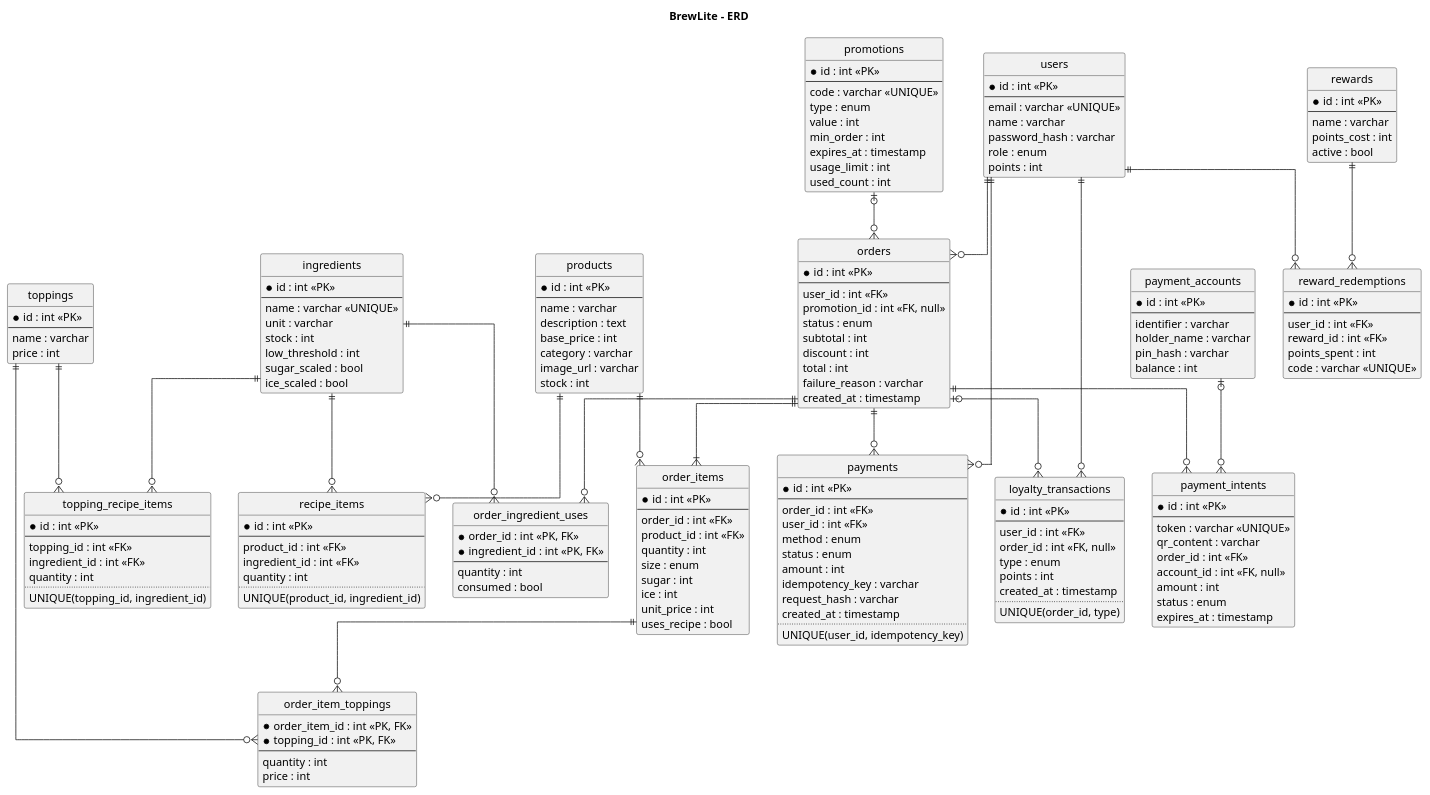
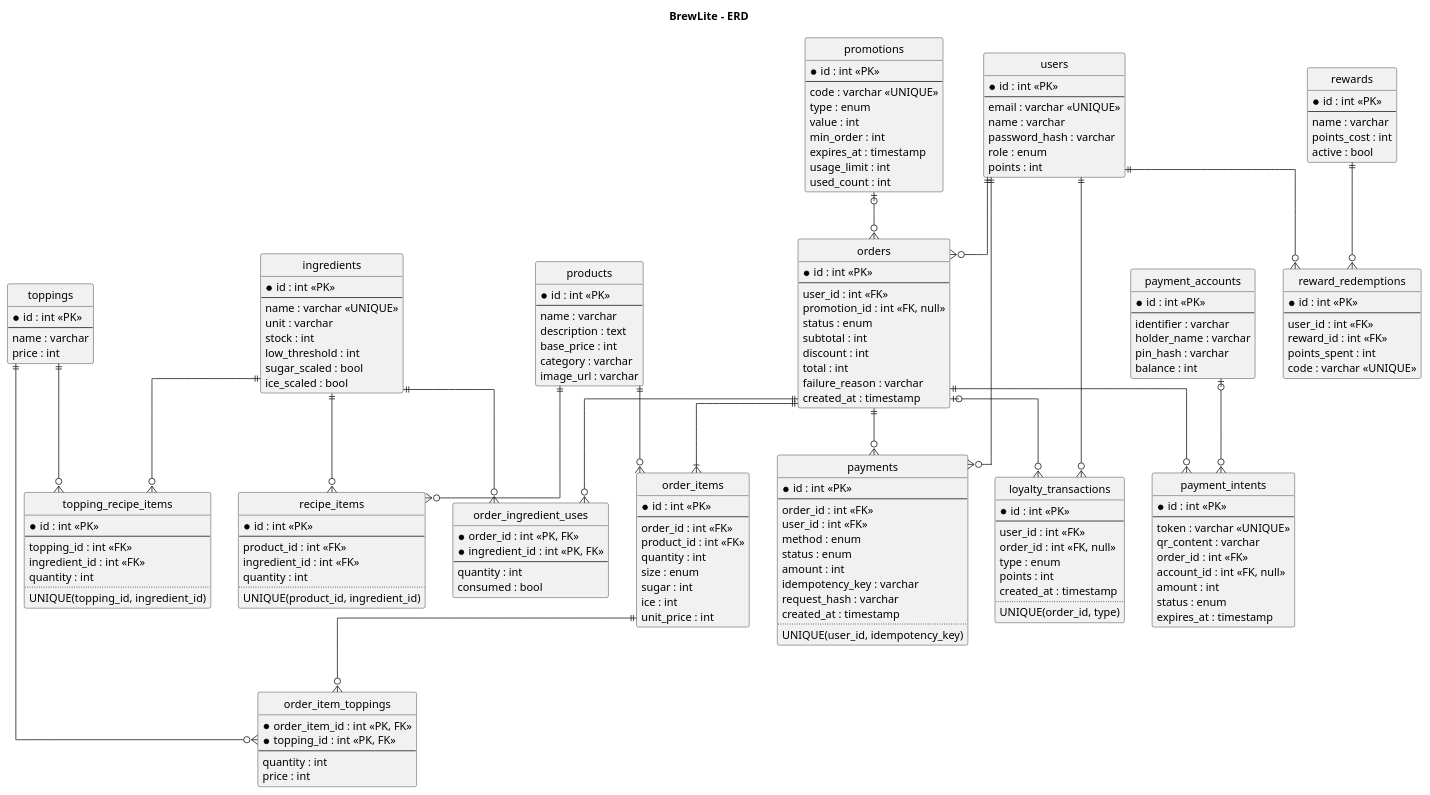
One commit to tthan-prog/BrewLite-AS2 changed the diagram in docs/diagrams/erd.puml. Above: the diagram before and after it, drawn with PlantUML. The commit also changed 1 other file, not shown here.

Commit message:
docs: bỏ Product.stock và usesRecipe khỏi class diagram và ERD theo UC-01

```diff
--- a/docs/diagrams/erd.puml
+++ b/docs/diagrams/erd.puml
@@ -1,188 +1,186 @@
 @startuml erd
 title BrewLite - ERD
 hide circle
 skinparam linetype ortho
 
 entity users {
     * id : int <<PK>>
     --
     email : varchar <<UNIQUE>>
     name : varchar
     password_hash : varchar
     role : enum
     points : int
 }
 entity products {
     * id : int <<PK>>
     --
     name : varchar
     description : text
     base_price : int
     category : varchar
     image_url : varchar
-    stock : int
 }
 entity toppings {
     * id : int <<PK>>
     --
     name : varchar
     price : int
 }
 entity promotions {
     * id : int <<PK>>
     --
     code : varchar <<UNIQUE>>
     type : enum
     value : int
     min_order : int
     expires_at : timestamp
     usage_limit : int
     used_count : int
 }
 entity orders {
     * id : int <<PK>>
     --
     user_id : int <<FK>>
     promotion_id : int <<FK, null>>
     status : enum
     subtotal : int
     discount : int
     total : int
     failure_reason : varchar
     created_at : timestamp
 }
 entity order_items {
     * id : int <<PK>>
     --
     order_id : int <<FK>>
     product_id : int <<FK>>
     quantity : int
     size : enum
     sugar : int
     ice : int
     unit_price : int
-    uses_recipe : bool
 }
 entity order_item_toppings {
     * order_item_id : int <<PK, FK>>
     * topping_id : int <<PK, FK>>
     --
     quantity : int
     price : int
 }
 entity payments {
     * id : int <<PK>>
     --
     order_id : int <<FK>>
     user_id : int <<FK>>
     method : enum
     status : enum
     amount : int
     idempotency_key : varchar
     request_hash : varchar
     created_at : timestamp
     ..
     UNIQUE(user_id, idempotency_key)
 }
 entity loyalty_transactions {
     * id : int <<PK>>
     --
     user_id : int <<FK>>
     order_id : int <<FK, null>>
     type : enum
     points : int
     created_at : timestamp
     ..
     UNIQUE(order_id, type)
 }
 entity ingredients {
     * id : int <<PK>>
     --
     name : varchar <<UNIQUE>>
     unit : varchar
     stock : int
     low_threshold : int
     sugar_scaled : bool
     ice_scaled : bool
 }
 entity recipe_items {
     * id : int <<PK>>
     --
     product_id : int <<FK>>
     ingredient_id : int <<FK>>
     quantity : int
     ..
     UNIQUE(product_id, ingredient_id)
 }
 entity topping_recipe_items {
     * id : int <<PK>>
     --
     topping_id : int <<FK>>
     ingredient_id : int <<FK>>
     quantity : int
     ..
     UNIQUE(topping_id, ingredient_id)
 }
 entity order_ingredient_uses {
     * order_id : int <<PK, FK>>
     * ingredient_id : int <<PK, FK>>
     --
     quantity : int
     consumed : bool
 }
 entity payment_accounts {
     * id : int <<PK>>
     --
     identifier : varchar
     holder_name : varchar
     pin_hash : varchar
     balance : int
 }
 entity payment_intents {
     * id : int <<PK>>
     --
     token : varchar <<UNIQUE>>
     qr_content : varchar
     order_id : int <<FK>>
     account_id : int <<FK, null>>
     amount : int
     status : enum
     expires_at : timestamp
 }
 entity rewards {
     * id : int <<PK>>
     --
     name : varchar
     points_cost : int
     active : bool
 }
 entity reward_redemptions {
     * id : int <<PK>>
     --
     user_id : int <<FK>>
     reward_id : int <<FK>>
     points_spent : int
     code : varchar <<UNIQUE>>
 }
 
 users ||--o{ orders
 users ||--o{ payments
 users ||--o{ loyalty_transactions
 users ||--o{ reward_redemptions
 promotions |o--o{ orders
 orders ||--|{ order_items
 orders ||--o{ payments
 orders |o--o{ loyalty_transactions
 orders ||--o{ order_ingredient_uses
 orders ||--o{ payment_intents
 products ||--o{ order_items
 order_items ||--o{ order_item_toppings
 toppings ||--o{ order_item_toppings
 products ||--o{ recipe_items
 toppings ||--o{ topping_recipe_items
 ingredients ||--o{ recipe_items
 ingredients ||--o{ topping_recipe_items
 ingredients ||--o{ order_ingredient_uses
 payment_accounts |o--o{ payment_intents
 rewards ||--o{ reward_redemptions
 @enduml
```
